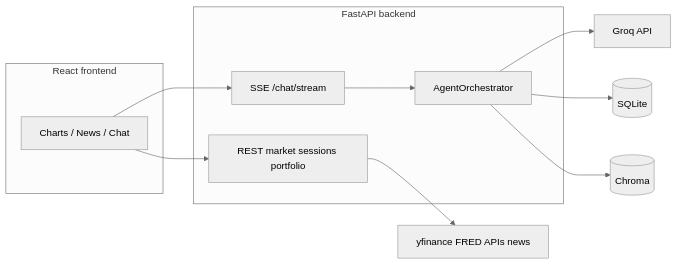
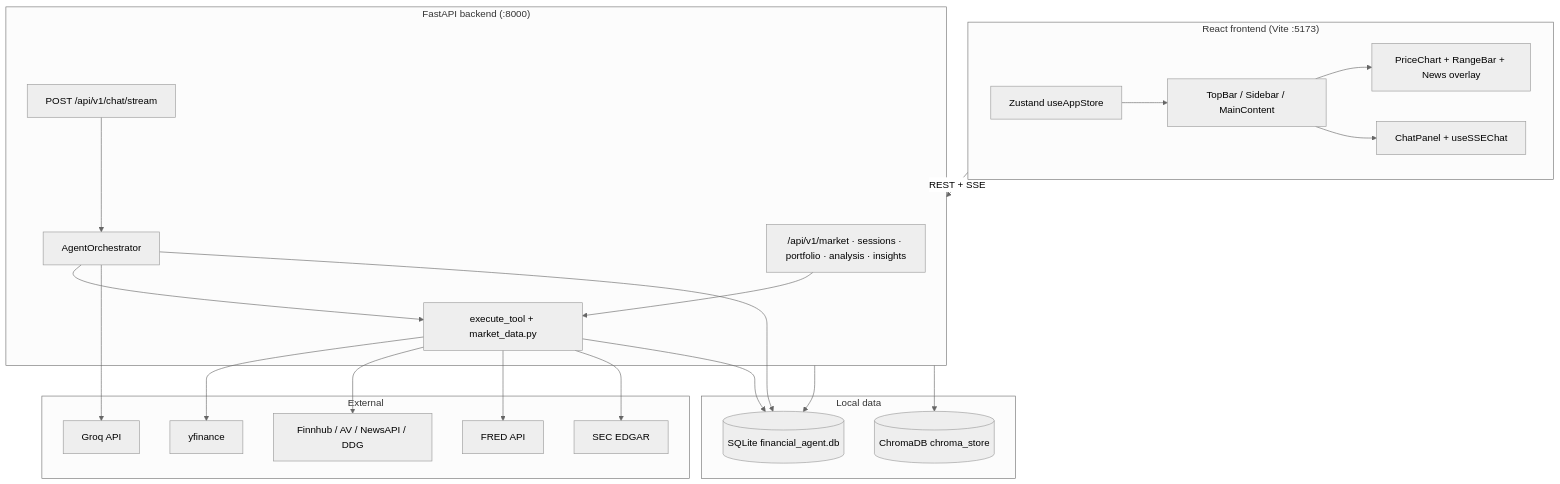
One commit to debbbl/financial_agent changed the first of 2 diagrams in docs/HANDOFF.md. Above: the diagram before and after it, drawn with Mermaid (neutral theme). The commit also changed other lines of this file and 4 other files, not shown here.

````diff
--- a/docs/HANDOFF.md
+++ b/docs/HANDOFF.md
@@ -94,22 +102,46 @@
 ```mermaid
-flowchart LR
-  subgraph fe [React frontend]
-    UI[Charts / News / Chat]
+flowchart TB
+  subgraph FE["React frontend (Vite :5173)"]
+    UI[TopBar / Sidebar / MainContent]
+    Chart[PriceChart + RangeBar + News overlay]
+    Chat[ChatPanel + useSSEChat]
+    Store[Zustand useAppStore]
+    UI --> Chart
+    UI --> Chat
+    Store --> UI
   end
-  subgraph api [FastAPI backend]
-    R1[REST market sessions portfolio]
-    SSE[SSE /chat/stream]
+
+  subgraph API["FastAPI backend (:8000)"]
+    REST["/api/v1/market · sessions · portfolio · analysis · insights"]
+    SSE["POST /api/v1/chat/stream"]
     ORCH[AgentOrchestrator]
+    TOOLS[execute_tool + market_data.py]
+    REST --> TOOLS
+    SSE --> ORCH
+    ORCH --> TOOLS
   end
-  DB[(SQLite)]
-  CH[(Chroma)]
-  Groq[Groq API]
-  Ext[yfinance FRED APIs news]
-  UI --> R1
-  UI --> SSE
-  SSE --> ORCH
-  ORCH --> Groq
-  ORCH --> DB
-  ORCH --> CH
-  R1 --> Ext
+
+  subgraph DATA["Local data"]
+    SQL[(SQLite financial_agent.db)]
+    CHR[(ChromaDB chroma_store)]
+  end
+
+  subgraph EXT["External"]
+    GROQ[Groq API]
+    YF[yfinance]
+    NEWS[Finnhub / AV / NewsAPI / DDG]
+    FRED[FRED API]
+    SEC[SEC EDGAR]
+  end
+
+  FE -->|REST + SSE| API
+  ORCH --> GROQ
+  TOOLS --> YF
+  TOOLS --> NEWS
+  TOOLS --> FRED
+  TOOLS --> SEC
+  API --> SQL
+  API --> CHR
+  ORCH --> SQL
+  TOOLS --> SQL
 ```
````
